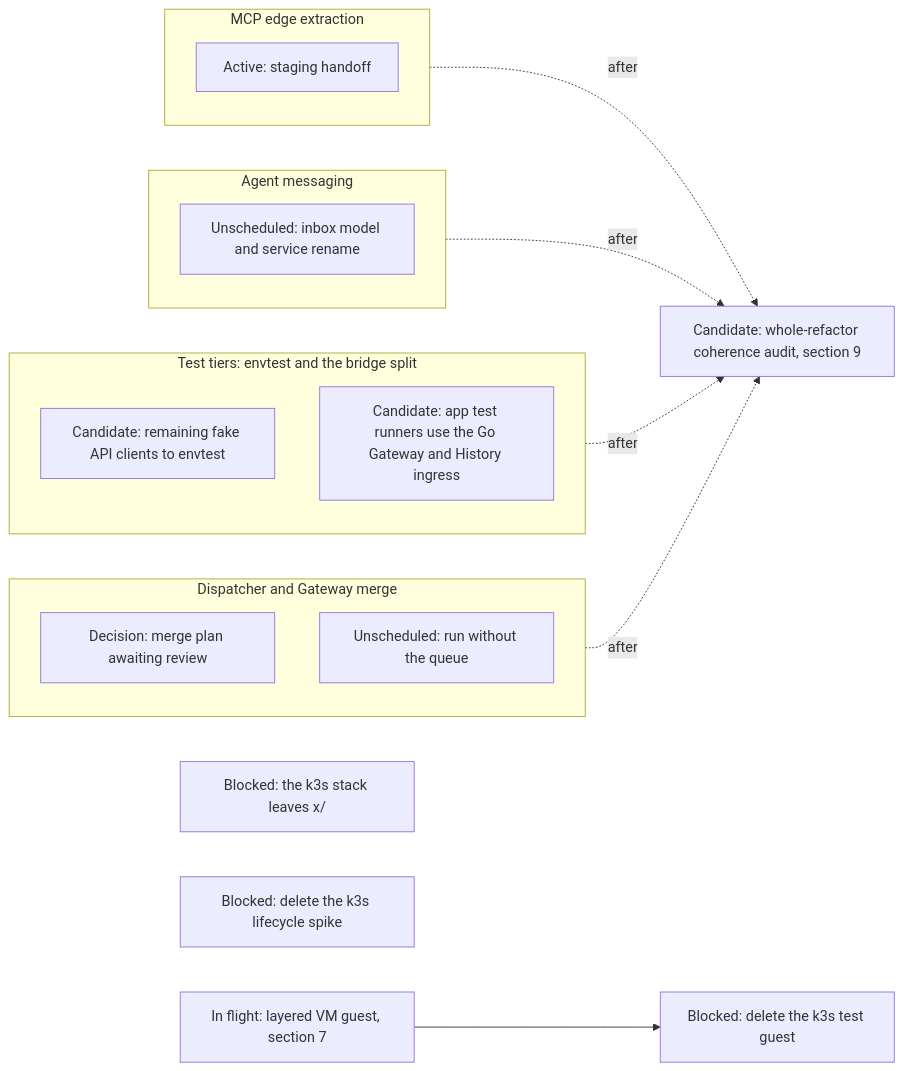
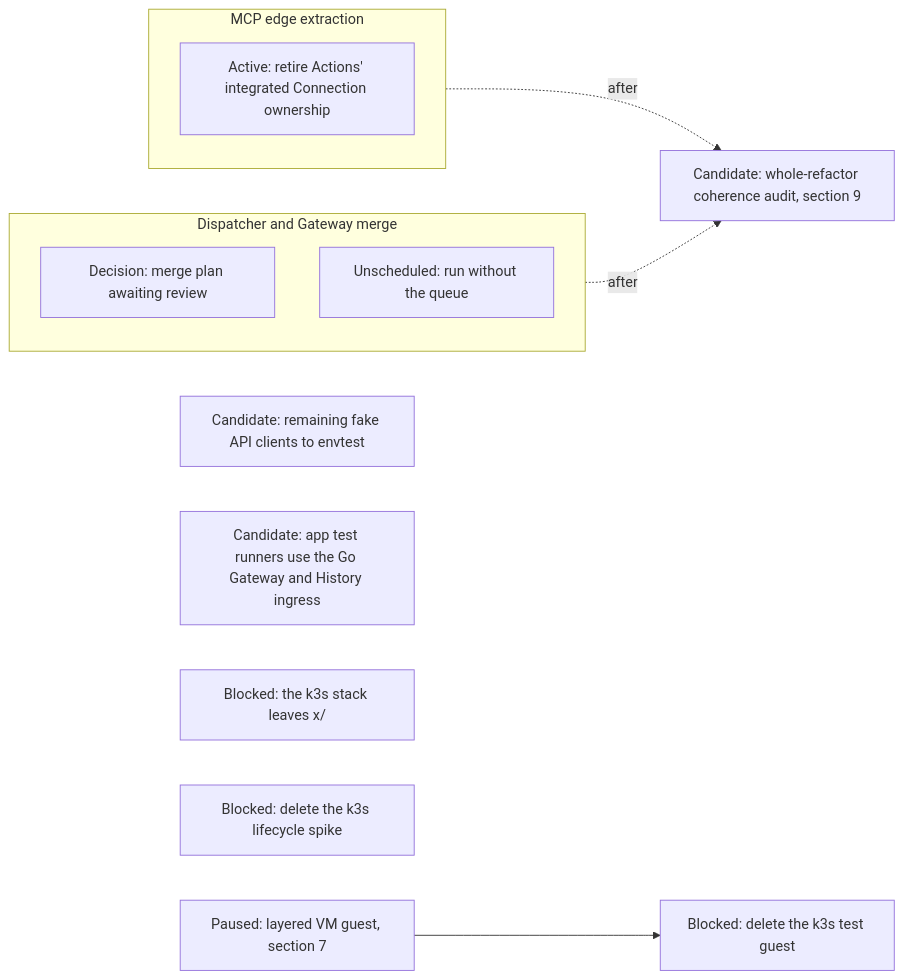
One commit to agentydragon-agent/ducktape changed the first of 19 diagrams in agentplane/plans/task_dag.md. Above: the diagram before and after it, drawn with Mermaid. The commit also changed other lines of this file and 7 other files, not shown here.

````diff
--- a/agentplane/plans/task_dag.md
+++ b/agentplane/plans/task_dag.md
@@ -29,24 +29,17 @@
 ```mermaid
 flowchart LR
     subgraph ACTION_TRACK[MCP edge extraction]
-        ACTION_MCP_EDGE_SPLIT[Active: staging handoff]
-    end
-    subgraph MESSAGING_TRACK[Agent messaging]
-        NOTIFICATION_SERVICE_SPLIT[Unscheduled: inbox model and service rename]
-    end
-    subgraph TIER_TRACK[Test tiers: envtest and the bridge split]
-        FAKE_CLIENTS_TO_ENVTEST[Candidate: remaining fake API clients to envtest]
-        APP_TEST_RUNNER_FIXTURES_GO[Candidate: app test runners use the Go Gateway and History ingress]
+        ACTION_MCP_EDGE_SPLIT[Active: retire Actions' integrated Connection ownership]
     end
     subgraph DISPATCH_TRACK[Dispatcher and Gateway merge]
         DISPATCHER_PERSISTENCE_MODEL_DESIGN[Decision: merge plan awaiting review]
         DISPATCHER_QUEUE_OPTIONAL[Unscheduled: run without the queue]
     end
+    FAKE_CLIENTS_TO_ENVTEST[Candidate: remaining fake API clients to envtest]
+    APP_TEST_RUNNER_FIXTURES_GO[Candidate: app test runners use the Go Gateway and History ingress]
     K3S_ENV_OUT_OF_X[Blocked: the k3s stack leaves x/]
     K3S_SPIKE_TARGETS_RETIRE[Blocked: delete the k3s lifecycle spike]
-    RUNNER_LAYERING_VM[In flight: layered VM guest, section 7] --> K3S_TEST_GUEST_RETIRE[Blocked: delete the k3s test guest]
+    RUNNER_LAYERING_VM[Paused: layered VM guest, section 7] --> K3S_TEST_GUEST_RETIRE[Blocked: delete the k3s test guest]
     ACTION_TRACK -. after .-> REFACTOR_COHERENCE_AUDIT[Candidate: whole-refactor coherence audit, section 9]
-    MESSAGING_TRACK -. after .-> REFACTOR_COHERENCE_AUDIT
-    TIER_TRACK -. after .-> REFACTOR_COHERENCE_AUDIT
     DISPATCH_TRACK -. after .-> REFACTOR_COHERENCE_AUDIT
 ```
````
